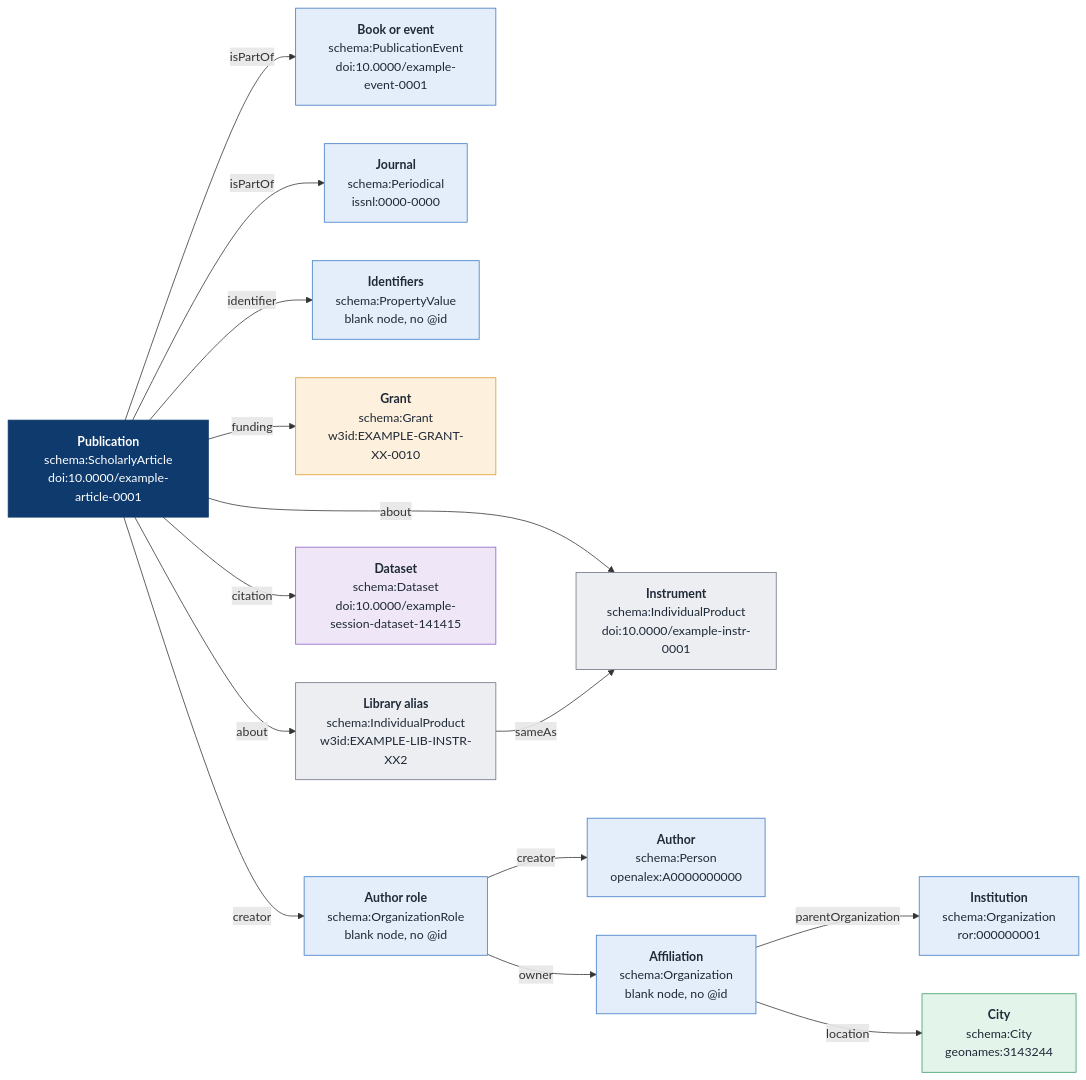
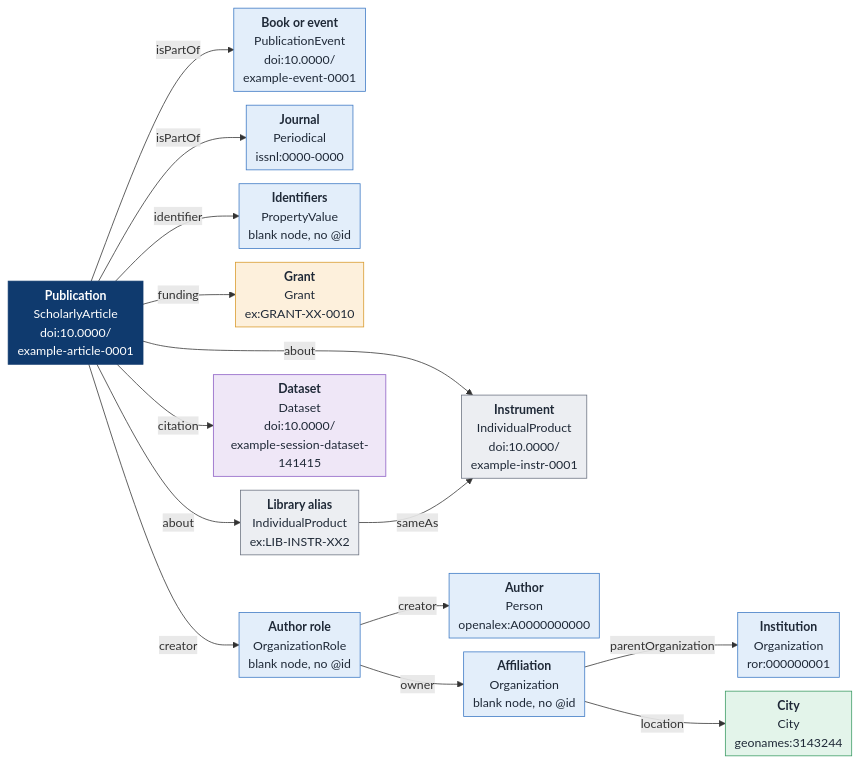
The second of 2 diagrams in profile/README.md (openfacility/.github), drawn with Mermaid before and after one commit. The commit also changed other lines of this file, not shown here.

First line of the commit message:
Compact the two graphs on the profile page

````diff
--- a/profile/README.md
+++ b/profile/README.md
@@ -78,43 +79,44 @@
 ```mermaid
+%%{init: {"flowchart": {"nodeSpacing": 18, "rankSpacing": 28, "padding": 6}}}%%
 flowchart LR
-  pub["<b>Publication</b><br/>schema:ScholarlyArticle<br/>doi:10.0000/example-article-0001"]
-  evt["<b>Book or event</b><br/>schema:PublicationEvent<br/>doi:10.0000/example-event-0001"]
-  jou["<b>Journal</b><br/>schema:Periodical<br/>issnl:0000-0000"]
-  idf["<b>Identifiers</b><br/>schema:PropertyValue<br/>blank node, no @id"]
-  grant["<b>Grant</b><br/>schema:Grant<br/>w3id:EXAMPLE-GRANT-XX-0010"]
-  ali["<b>Library alias</b><br/>schema:IndividualProduct<br/>w3id:EXAMPLE-LIB-INSTR-XX2"]
-  ins["<b>Instrument</b><br/>schema:IndividualProduct<br/>doi:10.0000/example-instr-0001"]
-  ds["<b>Dataset</b><br/>schema:Dataset<br/>doi:10.0000/example-session-dataset-141415"]
-  arole["<b>Author role</b><br/>schema:OrganizationRole<br/>blank node, no @id"]
-  aut["<b>Author</b><br/>schema:Person<br/>openalex:A0000000000"]
-  aff["<b>Affiliation</b><br/>schema:Organization<br/>blank node, no @id"]
-  inst["<b>Institution</b><br/>schema:Organization<br/>ror:000000001"]
-  city["<b>City</b><br/>schema:City<br/>geonames:3143244"]
+  pub["<b>Publication</b><br/>ScholarlyArticle<br/>doi:10.0000/<br/>example-article-0001"]
+  evt["<b>Book or event</b><br/>PublicationEvent<br/>doi:10.0000/<br/>example-event-0001"]
+  jou["<b>Journal</b><br/>Periodical<br/>issnl:0000-0000"]
+  idf["<b>Identifiers</b><br/>PropertyValue<br/>blank node, no @id"]
+  grant["<b>Grant</b><br/>Grant<br/>ex:GRANT-XX-0010"]
+  ali["<b>Library alias</b><br/>IndividualProduct<br/>ex:LIB-INSTR-XX2"]
+  ins["<b>Instrument</b><br/>IndividualProduct<br/>doi:10.0000/<br/>example-instr-0001"]
+  ds["<b>Dataset</b><br/>Dataset<br/>doi:10.0000/<br/>example-session-dataset-141415"]
+  arole["<b>Author role</b><br/>OrganizationRole<br/>blank node, no @id"]
+  aut["<b>Author</b><br/>Person<br/>openalex:A0000000000"]
+  aff["<b>Affiliation</b><br/>Organization<br/>blank node, no @id"]
+  inst["<b>Institution</b><br/>Organization<br/>ror:000000001"]
+  city["<b>City</b><br/>City<br/>geonames:3143244"]
 
   pub -- isPartOf --> evt
   pub -- isPartOf --> jou
   pub -- identifier --> idf
   pub -- funding --> grant
   pub -- about --> ali
   pub -- about --> ins
   ali -- sameAs --> ins
   pub -- citation --> ds
   pub -- creator --> arole
   arole -- creator --> aut
   arole -- owner --> aff
   aff -- parentOrganization --> inst
   aff -- location --> city
 
   classDef publication fill:#e3eefa,stroke:#3b78c4,color:#1f2937
   classDef main fill:#0f3a6e,stroke:#0f3a6e,color:#ffffff
   classDef project fill:#fdf0dc,stroke:#d99a2b,color:#1f2937
   classDef instrument fill:#eceef2,stroke:#6b7280,color:#1f2937
   classDef dataset fill:#efe7f7,stroke:#8b5cc4,color:#1f2937
   classDef place fill:#e3f4ea,stroke:#3a9a63,color:#1f2937
   class pub main
   class evt,jou,idf,arole,aut,aff,inst publication
   class grant project
   class ali,ins instrument
   class ds dataset
   class city place
 ```
````
